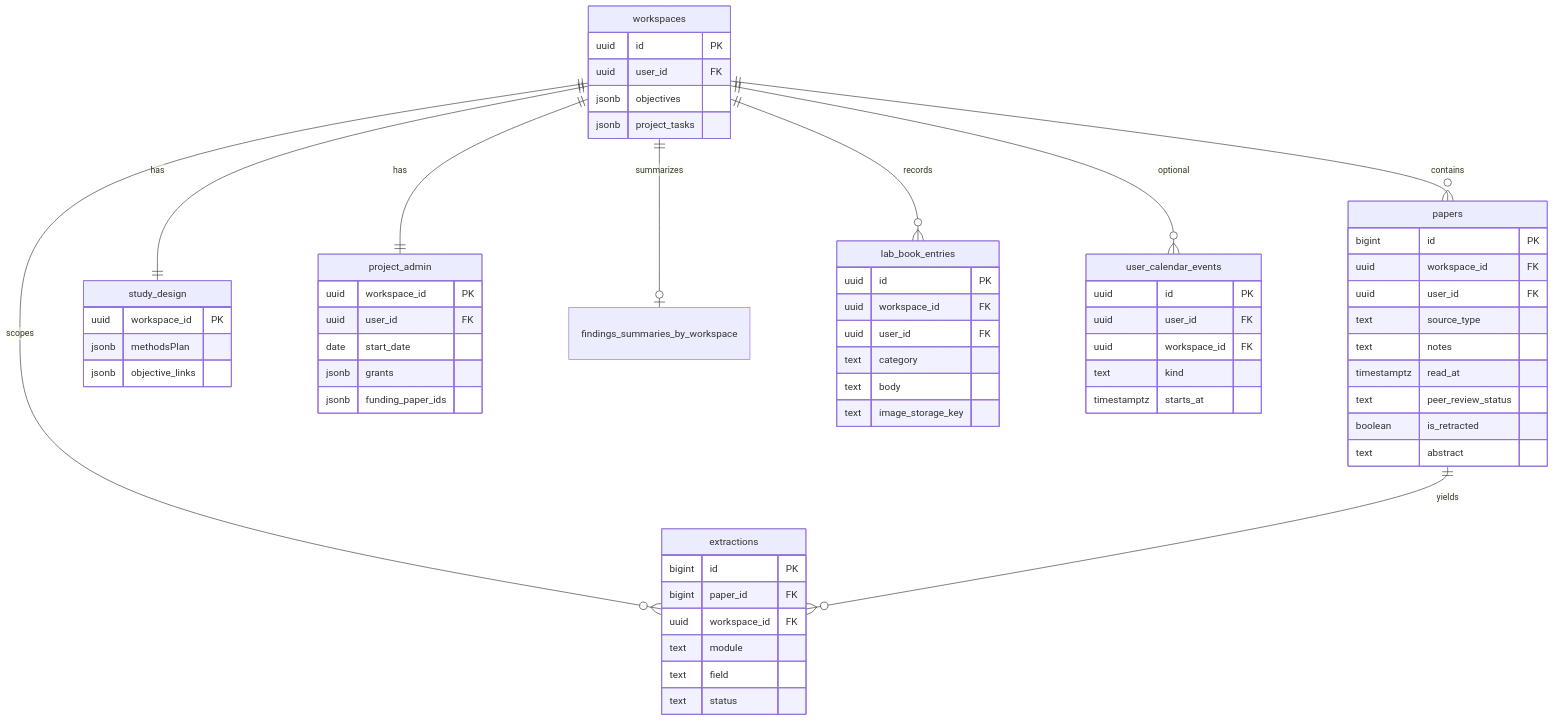
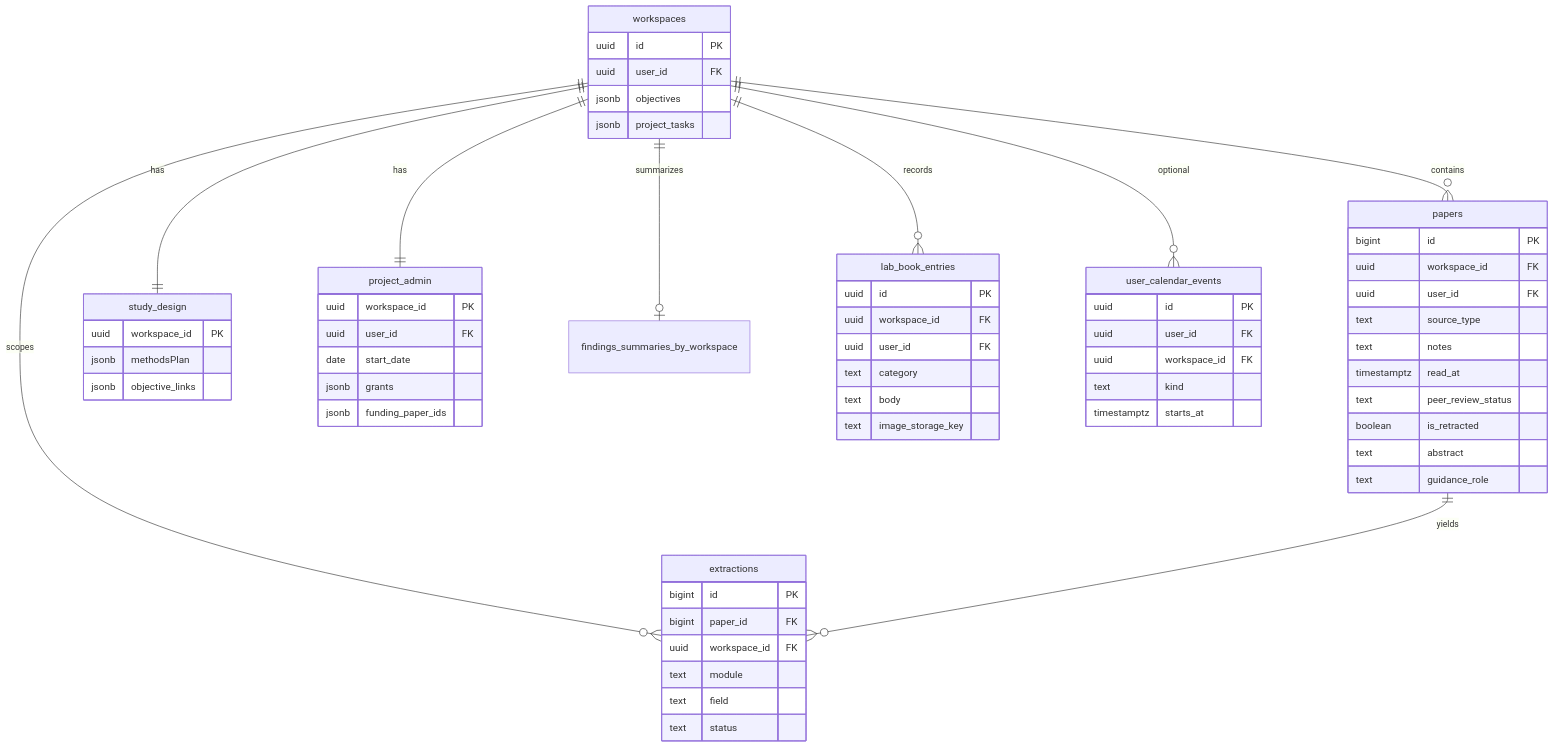
Before and after one commit to CarlienRust/steve-peggy: the diagram in docs/DATABASE.md, drawn with Mermaid. The commit also changed other lines of this file and 26 other files, not shown here.

````diff
--- a/docs/DATABASE.md
+++ b/docs/DATABASE.md
@@ -94,63 +94,64 @@
 ```mermaid
 erDiagram
   workspaces ||--o{ papers : contains
   workspaces ||--|| study_design : has
   workspaces ||--|| project_admin : has
   workspaces ||--o{ extractions : scopes
   workspaces ||--o| findings_summaries_by_workspace : summarizes
   workspaces ||--o{ lab_book_entries : records
   workspaces ||--o{ user_calendar_events : optional
   papers ||--o{ extractions : yields
   workspaces {
     uuid id PK
     uuid user_id FK
     jsonb objectives
     jsonb project_tasks
   }
   papers {
     bigint id PK
     uuid workspace_id FK
     uuid user_id FK
     text source_type
     text notes
     timestamptz read_at
     text peer_review_status
     boolean is_retracted
     text abstract
+    text guidance_role
   }
   user_calendar_events {
     uuid id PK
     uuid user_id FK
     uuid workspace_id FK
     text kind
     timestamptz starts_at
   }
   lab_book_entries {
     uuid id PK
     uuid workspace_id FK
     uuid user_id FK
     text category
     text body
     text image_storage_key
   }
   extractions {
     bigint id PK
     bigint paper_id FK
     uuid workspace_id FK
     text module
     text field
     text status
   }
   study_design {
     uuid workspace_id PK
     jsonb methodsPlan
     jsonb objective_links
   }
   project_admin {
     uuid workspace_id PK
     uuid user_id FK
     date start_date
     jsonb grants
     jsonb funding_paper_ids
   }
 ```
````
